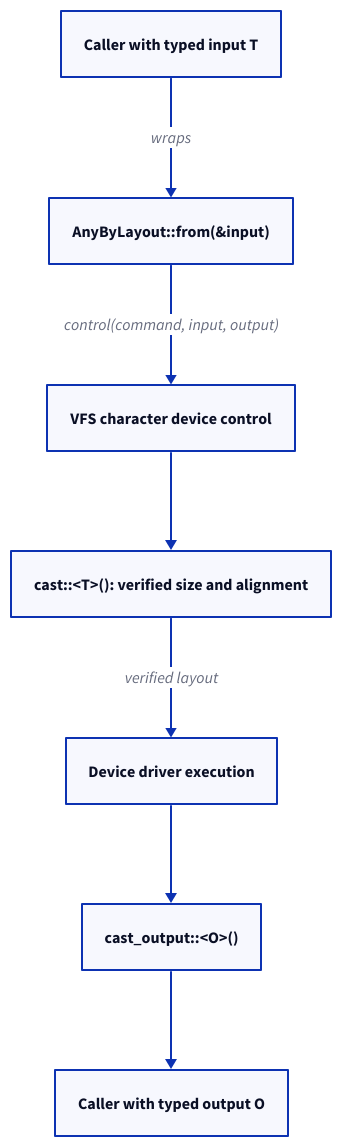
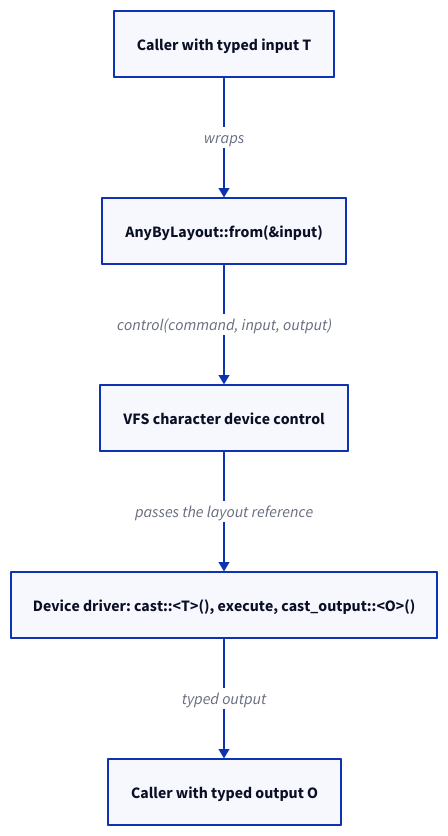
The diagram in src/content/docs/explanation/architecture/libraries/shared.mdx (xila-project/website), drawn with D2 before and after one commit. The commit also changed 6 other files, not shown here.

First line of the commit message:
docs(diagrams): apply the review findings to the libraries diagrams

````diff
--- a/src/content/docs/explanation/architecture/libraries/shared.mdx
+++ b/src/content/docs/explanation/architecture/libraries/shared.mdx
@@ -61,16 +61,12 @@
 ```d2 title="Typed control payload across the virtual file system"
 direction: down
 input: Caller with typed input T { class: io }
 any: "AnyByLayout::from(&input)" { class: component }
 vfs: VFS character device control { class: component }
-cast: "cast::<T>(): verified size and alignment" { class: component }
-driver: Device driver execution { class: hardware }
-cast_out: "cast_output::<O>()" { class: component }
+driver: "Device driver: cast::<T>(), execute, cast_output::<O>()" { class: component }
 output: Caller with typed output O { class: io }
 input -> any: wraps
 any -> vfs: control(command, input, output)
-vfs -> cast
-cast -> driver: verified layout
-driver -> cast_out
-cast_out -> output
+vfs -> driver: passes the layout reference
+driver -> output: typed output
 ```
````
